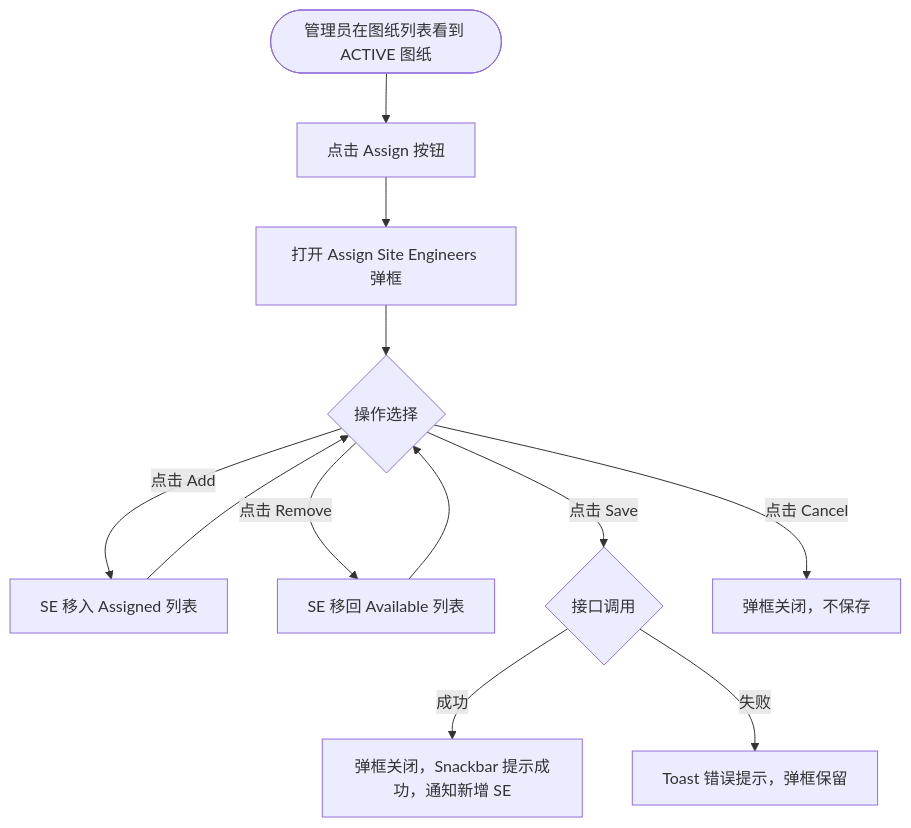
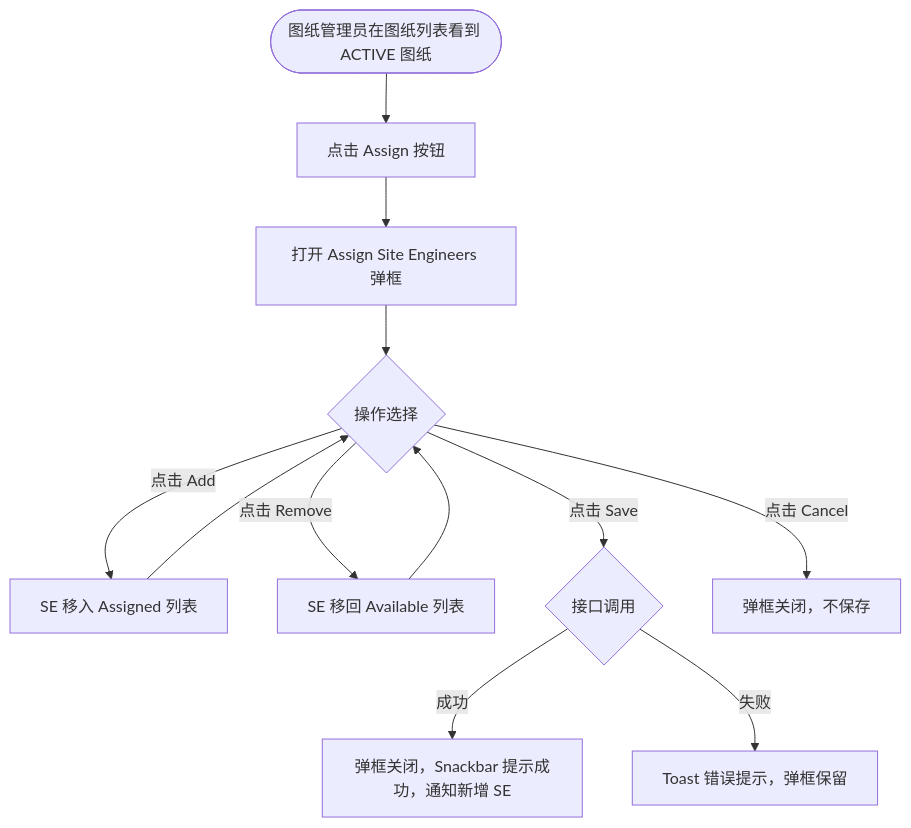
The diagram in requirements/pc/REQ-003D-pc.md (xiayingspace-hue/smart-site), drawn with Mermaid before and after one commit. The commit also changed other lines of this file and 20 other files, not shown here.

First line of the commit message:
refactor(requirements): 按 glossary §2 统一图纸线角色名称

````diff
--- a/requirements/pc/REQ-003D-pc.md
+++ b/requirements/pc/REQ-003D-pc.md
@@ -135,14 +135,14 @@
 ```mermaid
 flowchart TD
-    A([管理员在图纸列表看到 ACTIVE 图纸]) --> B[点击 Assign 按钮]
+    A([图纸管理员在图纸列表看到 ACTIVE 图纸]) --> B[点击 Assign 按钮]
     B --> C[打开 Assign Site Engineers 弹框]
     C --> D{操作选择}
     D -- 点击 Add --> E[SE 移入 Assigned 列表]
     D -- 点击 Remove --> F[SE 移回 Available 列表]
     E --> D
     F --> D
     D -- 点击 Save --> G{接口调用}
     G -- 成功 --> H[弹框关闭，Snackbar 提示成功，通知新增 SE]
     G -- 失败 --> I[Toast 错误提示，弹框保留]
     D -- 点击 Cancel --> J[弹框关闭，不保存]
 ```
````
